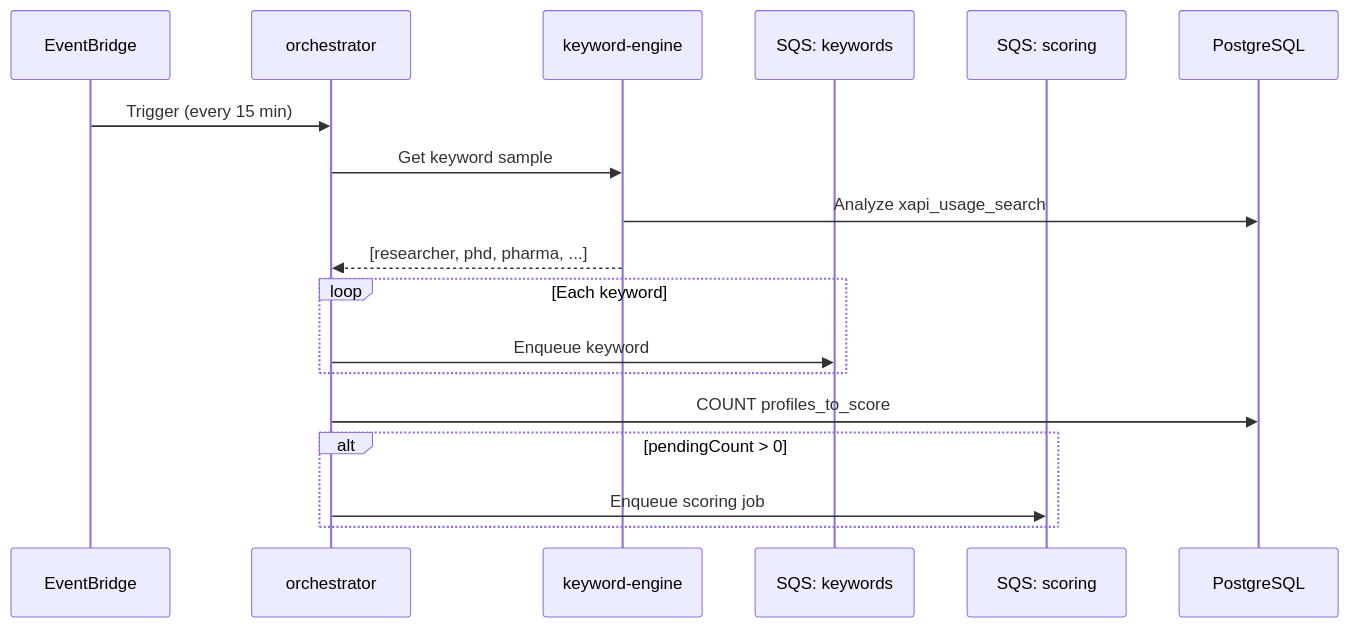
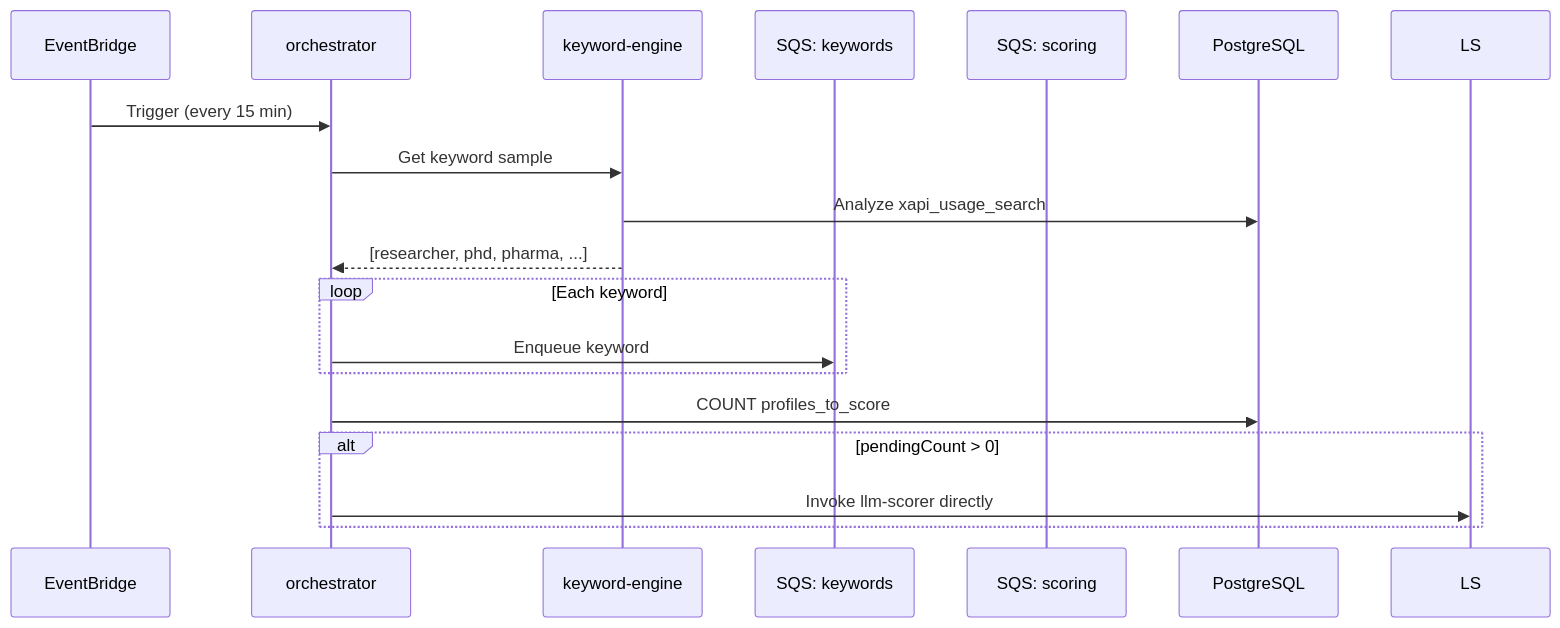
Before and after one commit to DanEscher98/twitter-profile-scorer: the second of 5 diagrams in docs/architecture.md, drawn with Mermaid. The commit also changed other lines of this file and 14 other files, not shown here.

````diff
--- a/docs/architecture.md
+++ b/docs/architecture.md
@@ -80,23 +85,23 @@
 ```mermaid
 sequenceDiagram
     participant EB as EventBridge
     participant OR as orchestrator
     participant KE as keyword-engine
     participant SQS_K as SQS: keywords
     participant SQS_S as SQS: scoring
     participant DB as PostgreSQL
 
     EB->>OR: Trigger (every 15 min)
     OR->>KE: Get keyword sample
     KE->>DB: Analyze xapi_usage_search
     KE-->>OR: [researcher, phd, pharma, ...]
 
     loop Each keyword
         OR->>SQS_K: Enqueue keyword
     end
 
     OR->>DB: COUNT profiles_to_score
     alt pendingCount > 0
-        OR->>SQS_S: Enqueue scoring job
+        OR->>LS: Invoke llm-scorer directly
     end
 ```
````
